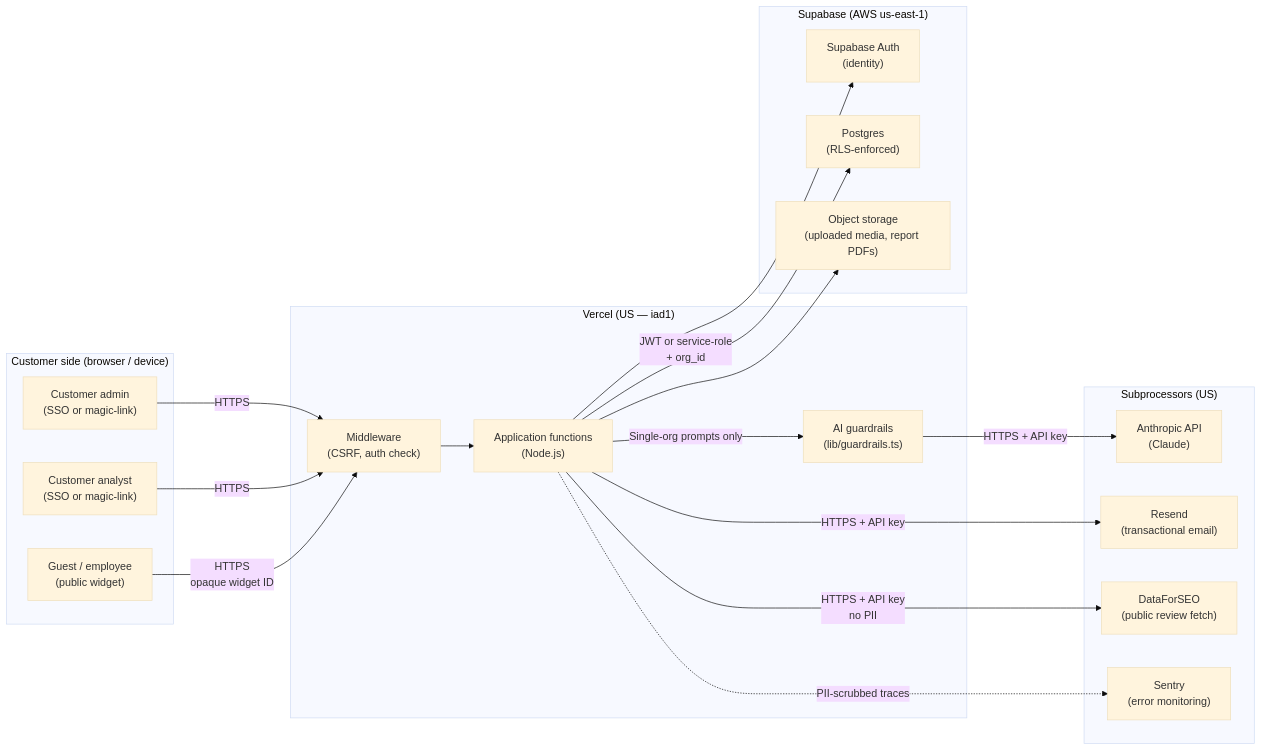
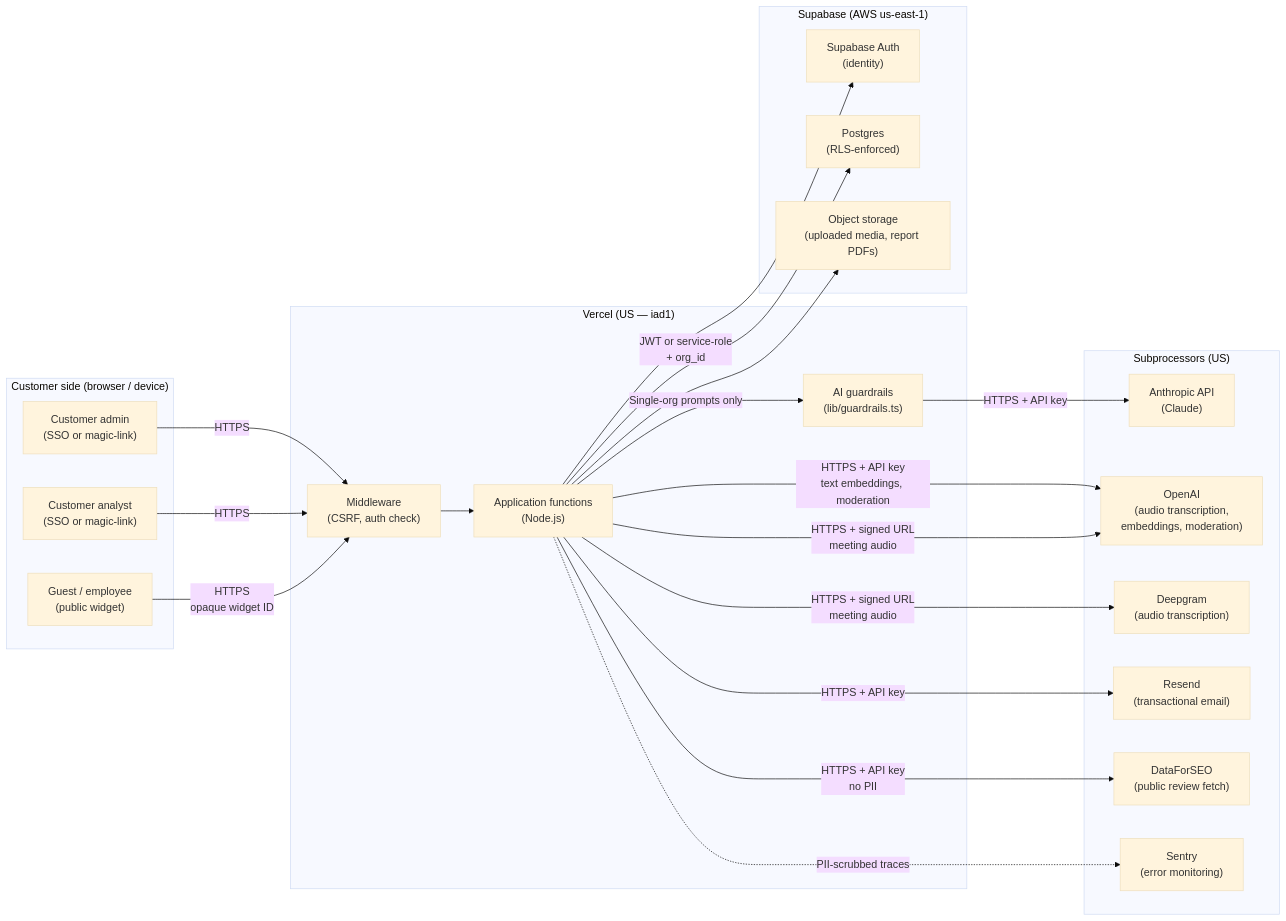
Before and after one commit to Got2surf2/sentimetrx: the diagram in docs/DATA_FLOW.md, drawn with Mermaid (base theme). The commit also changed other lines of this file and 14 other files, not shown here.

````diff
--- a/docs/DATA_FLOW.md
+++ b/docs/DATA_FLOW.md
@@ -17,47 +17,52 @@
 ```mermaid
 flowchart LR
     %% Actors
     subgraph CustomerSide["Customer side (browser / device)"]
         Admin["Customer admin<br/>(SSO or magic-link)"]
         Analyst["Customer analyst<br/>(SSO or magic-link)"]
         Guest["Guest / employee<br/>(public widget)"]
     end
 
     %% Vercel edge + functions
     subgraph Vercel["Vercel (US — iad1)"]
         MW["Middleware<br/>(CSRF, auth check)"]
         Func["Application functions<br/>(Node.js)"]
         Guard["AI guardrails<br/>(lib/guardrails.ts)"]
     end
 
     %% Datastore
     subgraph Supabase["Supabase (AWS us-east-1)"]
         AuthDB["Supabase Auth<br/>(identity)"]
         PG["Postgres<br/>(RLS-enforced)"]
         Storage["Object storage<br/>(uploaded media, report PDFs)"]
     end
 
     %% Third parties
     subgraph ThirdParties["Subprocessors (US)"]
         Anthropic["Anthropic API<br/>(Claude)"]
+        OpenAI["OpenAI<br/>(audio transcription,<br/>embeddings, moderation)"]
+        Deepgram["Deepgram<br/>(audio transcription)"]
         Resend["Resend<br/>(transactional email)"]
         DFS["DataForSEO<br/>(public review fetch)"]
         Sentry["Sentry<br/>(error monitoring)"]
     end
 
     Admin -->|HTTPS| MW
     Analyst -->|HTTPS| MW
     Guest -->|HTTPS<br/>opaque widget ID| MW
 
     MW --> Func
     Func -->|JWT or service-role<br/>+ org_id| PG
     Func --> Storage
     Func --> AuthDB
 
     Func -->|Single-org prompts only| Guard
     Guard -->|HTTPS + API key| Anthropic
+    Func -->|HTTPS + API key<br/>text embeddings, moderation| OpenAI
+    Func -->|HTTPS + signed URL<br/>meeting audio| OpenAI
+    Func -->|HTTPS + signed URL<br/>meeting audio| Deepgram
 
     Func -->|HTTPS + API key| Resend
     Func -->|HTTPS + API key<br/>no PII| DFS
     Func -.->|PII-scrubbed traces| Sentry
 ```
````
